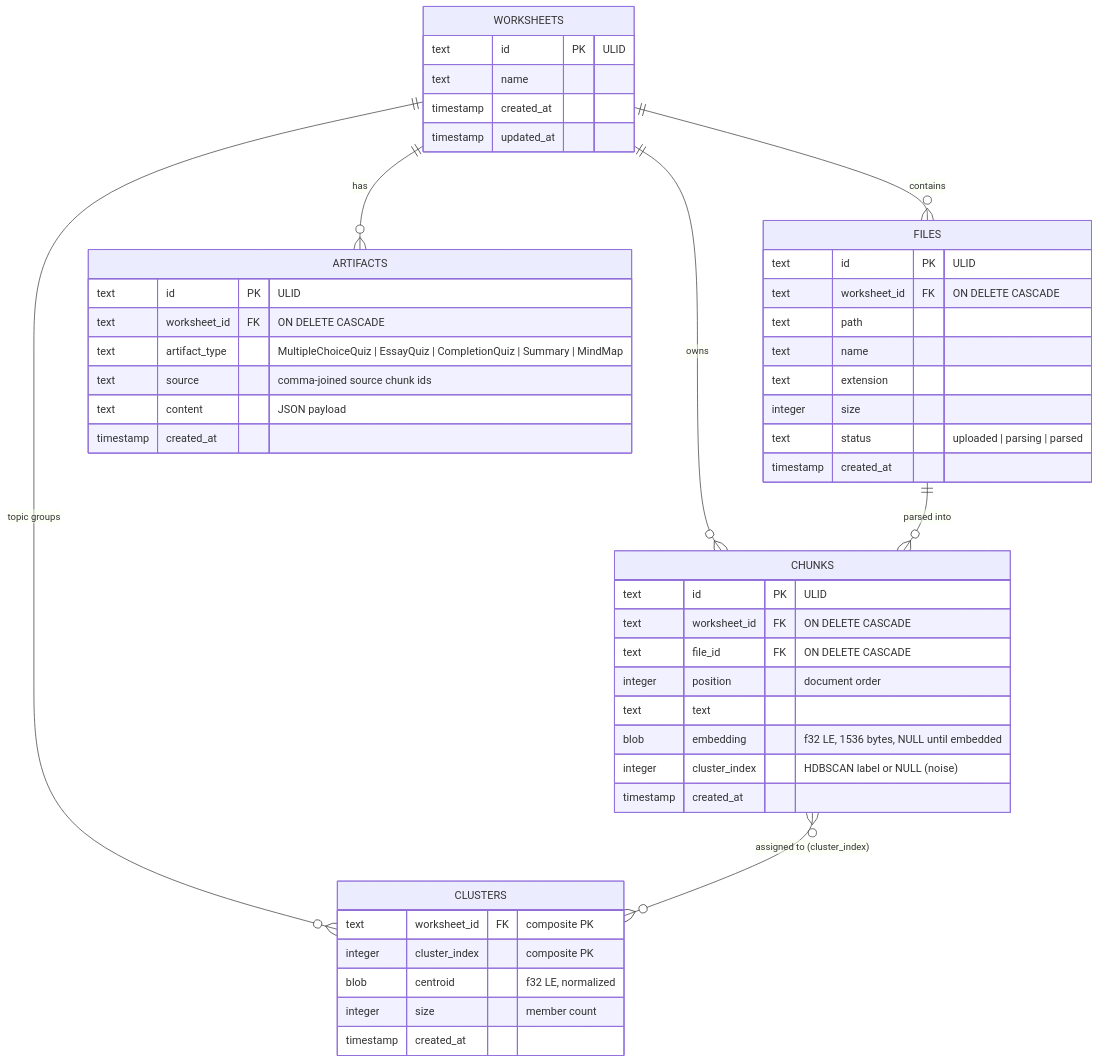
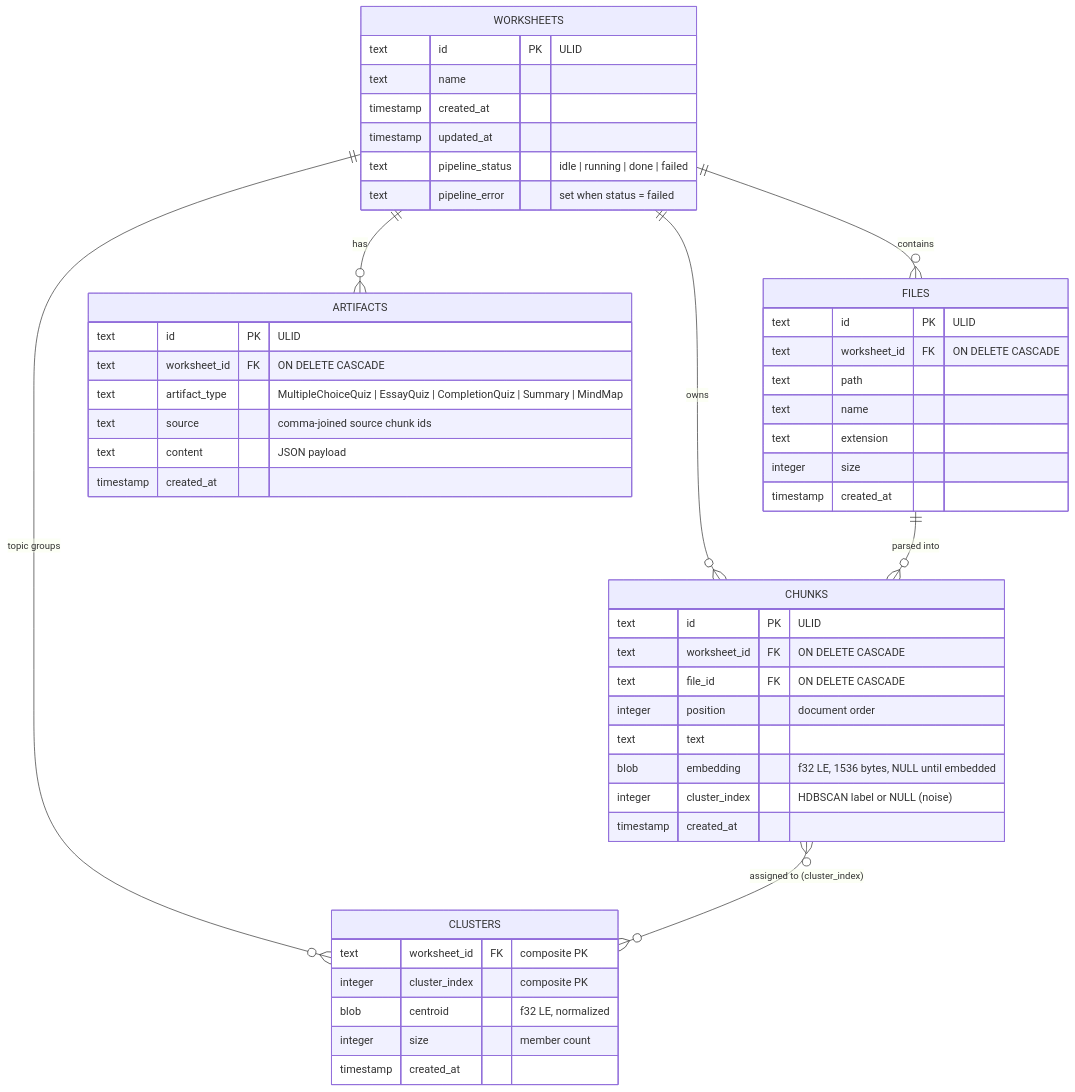
Before and after one commit to michaelhpet/worxheet: the diagram in docs/diagrams/data-model.md, drawn with Mermaid. The commit also changed other lines of this file and 45 other files, not shown here.

````diff
--- a/docs/diagrams/data-model.md
+++ b/docs/diagrams/data-model.md
@@ -7,55 +7,56 @@
 ```mermaid
 erDiagram
     WORKSHEETS ||--o{ FILES : "contains"
     WORKSHEETS ||--o{ CHUNKS : "owns"
     WORKSHEETS ||--o{ ARTIFACTS : "has"
     FILES ||--o{ CHUNKS : "parsed into"
     WORKSHEETS ||--o{ CLUSTERS : "topic groups"
     CHUNKS }o--o{ CLUSTERS : "assigned to (cluster_index)"
 
     WORKSHEETS {
         text id PK "ULID"
         text name
         timestamp created_at
         timestamp updated_at
+        text pipeline_status "idle | running | done | failed"
+        text pipeline_error "set when status = failed"
     }
 
     FILES {
         text id PK "ULID"
         text worksheet_id FK "ON DELETE CASCADE"
         text path
         text name
         text extension
         integer size
-        text status "uploaded | parsing | parsed"
         timestamp created_at
     }
 
     CHUNKS {
         text id PK "ULID"
         text worksheet_id FK "ON DELETE CASCADE"
         text file_id FK "ON DELETE CASCADE"
         integer position "document order"
         text text
         blob embedding "f32 LE, 1536 bytes, NULL until embedded"
         integer cluster_index "HDBSCAN label or NULL (noise)"
         timestamp created_at
     }
 
     CLUSTERS {
         text worksheet_id FK "composite PK"
         integer cluster_index "composite PK"
         blob centroid "f32 LE, normalized"
         integer size "member count"
         timestamp created_at
     }
 
     ARTIFACTS {
         text id PK "ULID"
         text worksheet_id FK "ON DELETE CASCADE"
         text artifact_type "MultipleChoiceQuiz | EssayQuiz | CompletionQuiz | Summary | MindMap"
         text source "comma-joined source chunk ids"
         text content "JSON payload"
         timestamp created_at
     }
 ```
````
